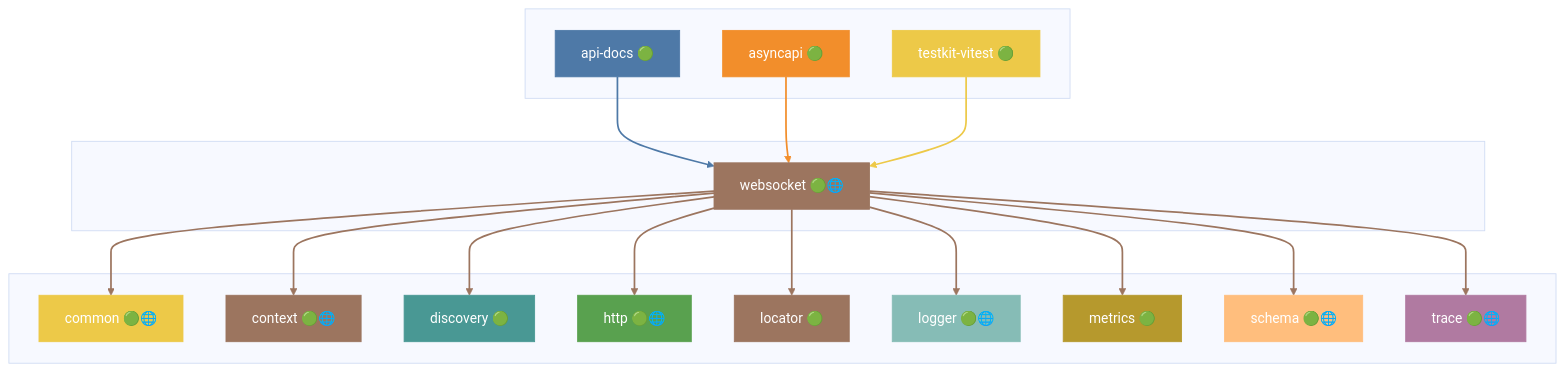
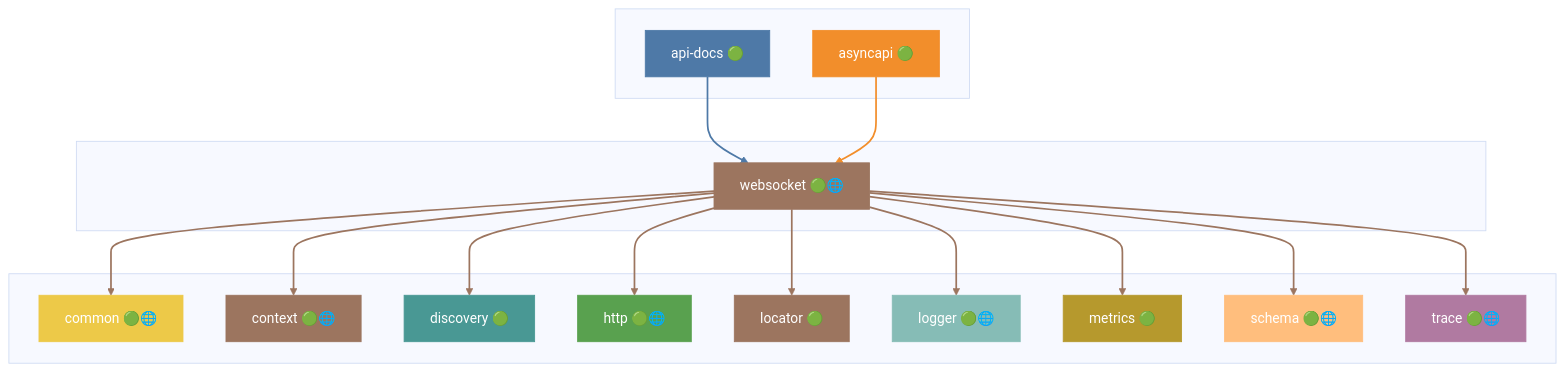
Before and after one commit to grest-ts/grest-ts: diagram 46 of 46 in docs/DEPENDENCIES.md, drawn with Mermaid (base theme). The commit also changed other lines of this file and 2 other files, not shown here.

````diff
--- a/docs/DEPENDENCIES.md
+++ b/docs/DEPENDENCIES.md
@@ -2229,59 +2147,55 @@
 ```mermaid
 flowchart TB
     subgraph Dependents[" "]
         api-docs["api-docs 🟢"]
         asyncapi["asyncapi 🟢"]
-        testkit-vitest["testkit-vitest 🟢"]
     end
     subgraph Package[" "]
         websocket["websocket 🟢🌐"]
     end
     subgraph Dependencies[" "]
         common["common 🟢🌐"]
         context["context 🟢🌐"]
         discovery["discovery 🟢"]
         http["http 🟢🌐"]
         locator["locator 🟢"]
         logger["logger 🟢🌐"]
         metrics["metrics 🟢"]
         schema["schema 🟢🌐"]
         trace["trace 🟢🌐"]
     end
     api-docs --> websocket
     asyncapi --> websocket
-    testkit-vitest --> websocket
     websocket --> common
     websocket --> context
     websocket --> discovery
     websocket --> http
     websocket --> locator
     websocket --> logger
     websocket --> metrics
     websocket --> schema
     websocket --> trace
     style websocket fill:#9C755F,stroke:#9C755F,color:#fff
     style api-docs fill:#4E79A7,stroke:#4E79A7,color:#fff
     style asyncapi fill:#F28E2B,stroke:#F28E2B,color:#fff
-    style testkit-vitest fill:#EDC948,stroke:#EDC948,color:#fff
     style common fill:#EDC948,stroke:#EDC948,color:#fff
     style context fill:#9C755F,stroke:#9C755F,color:#fff
     style discovery fill:#499894,stroke:#499894,color:#fff
     style http fill:#59A14F,stroke:#59A14F,color:#fff
     style locator fill:#9C755F,stroke:#9C755F,color:#fff
     style logger fill:#86BCB6,stroke:#86BCB6,color:#fff
     style metrics fill:#B6992D,stroke:#B6992D,color:#fff
     style schema fill:#FFBE7D,stroke:#FFBE7D,color:#fff
     style trace fill:#B07AA1,stroke:#B07AA1,color:#fff
     linkStyle 0 stroke:#4E79A7,stroke-width:2px
     linkStyle 1 stroke:#F28E2B,stroke-width:2px
-    linkStyle 2 stroke:#EDC948,stroke-width:2px
+    linkStyle 2 stroke:#9C755F,stroke-width:2px
     linkStyle 3 stroke:#9C755F,stroke-width:2px
     linkStyle 4 stroke:#9C755F,stroke-width:2px
     linkStyle 5 stroke:#9C755F,stroke-width:2px
     linkStyle 6 stroke:#9C755F,stroke-width:2px
     linkStyle 7 stroke:#9C755F,stroke-width:2px
     linkStyle 8 stroke:#9C755F,stroke-width:2px
     linkStyle 9 stroke:#9C755F,stroke-width:2px
     linkStyle 10 stroke:#9C755F,stroke-width:2px
-    linkStyle 11 stroke:#9C755F,stroke-width:2px
 ```
````
